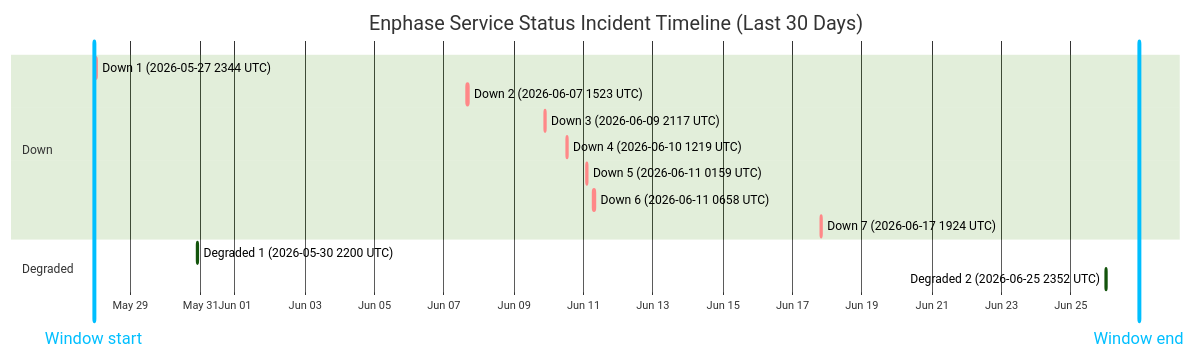
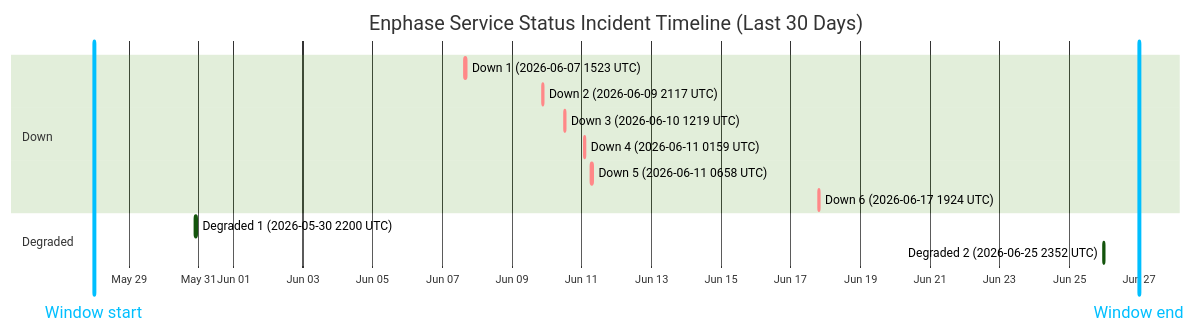
The diagram in wiki/Service-Status-History.md (barneyonline/ha-enphase-energy), drawn with Mermaid (forest theme) before and after one commit. The commit also changed other lines of this file and 3 other files, not shown here.

````diff
--- a/wiki/Service-Status-History.md
+++ b/wiki/Service-Status-History.md
@@ -14,19 +14,18 @@
 ```mermaid
 gantt
     title Enphase Service Status Incident Timeline (Last 30 Days)
     dateFormat  YYYY-MM-DDTHH:mm:ss
     axisFormat  %b %d
-    Window start :vert, window-start, 2026-05-27T22:44:22, 0ms
-    Window end :vert, window-end, 2026-06-26T22:44:22, 0ms
+    Window start :vert, window-start, 2026-05-28T00:05:30, 0ms
+    Window end :vert, window-end, 2026-06-27T00:05:30, 0ms
     section Down
-    Down 1 (2026-05-27 2344 UTC) :crit, down-1, 2026-05-27T23:44:24, 60m
-    Down 2 (2026-06-07 1523 UTC) :crit, down-2, 2026-06-07T15:23:22, 87m
-    Down 3 (2026-06-09 2117 UTC) :crit, down-3, 2026-06-09T21:17:17, 60m
-    Down 4 (2026-06-10 1219 UTC) :crit, down-4, 2026-06-10T12:19:21, 60m
-    Down 5 (2026-06-11 0159 UTC) :crit, down-5, 2026-06-11T01:59:36, 60m
-    Down 6 (2026-06-11 0658 UTC) :crit, down-6, 2026-06-11T06:58:45, 60m
-    Down 7 (2026-06-17 1924 UTC) :crit, down-7, 2026-06-17T19:24:51, 60m
+    Down 1 (2026-06-07 1523 UTC) :crit, down-1, 2026-06-07T15:23:22, 87m
+    Down 2 (2026-06-09 2117 UTC) :crit, down-2, 2026-06-09T21:17:17, 60m
+    Down 3 (2026-06-10 1219 UTC) :crit, down-3, 2026-06-10T12:19:21, 60m
+    Down 4 (2026-06-11 0159 UTC) :crit, down-4, 2026-06-11T01:59:36, 60m
+    Down 5 (2026-06-11 0658 UTC) :crit, down-5, 2026-06-11T06:58:45, 60m
+    Down 6 (2026-06-17 1924 UTC) :crit, down-6, 2026-06-17T19:24:51, 60m
     section Degraded
     Degraded 1 (2026-05-30 2200 UTC) :active, degraded-1, 2026-05-30T22:00:37, 60m
     Degraded 2 (2026-06-25 2352 UTC) :active, degraded-2, 2026-06-25T23:52:01, 60m
 ```
````
